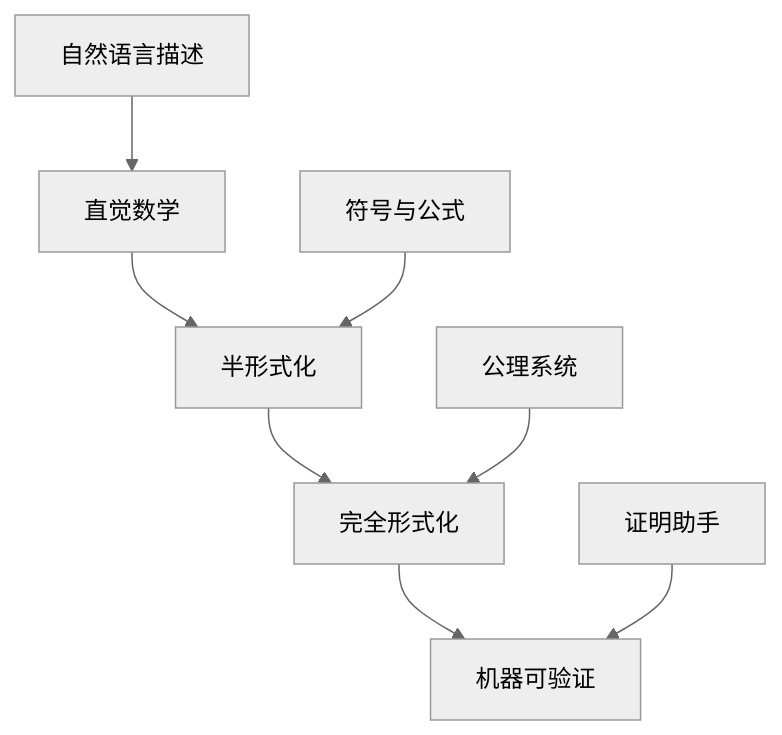
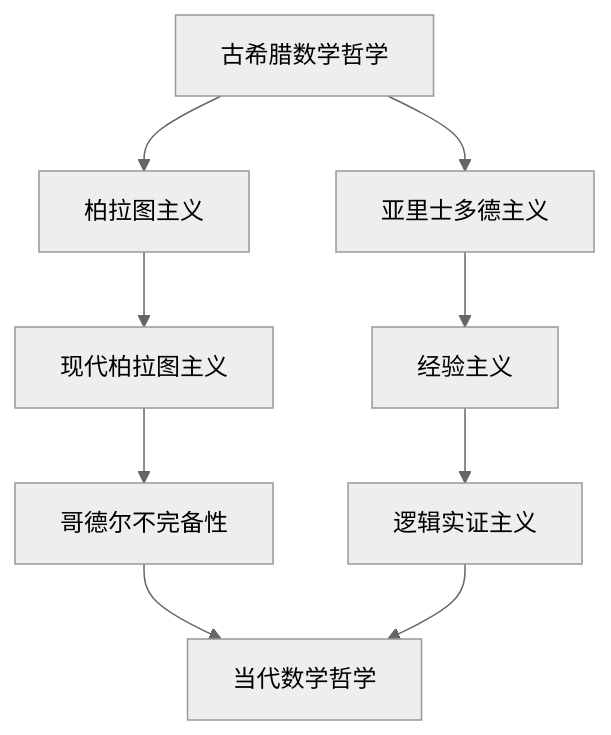
Before and after one commit to AdaMartin18010/Mathematics: the first of 2 diagrams in Math/Refactor/01-哲学与元数学基础/01-数学哲学基础.md, drawn with Mermaid (neutral theme). The commit also changed other lines of this file and 60 other files, not shown here.

````diff
--- a/Math/Refactor/01-哲学与元数学基础/01-数学哲学基础.md
+++ b/Math/Refactor/01-哲学与元数学基础/01-数学哲学基础.md
@@ -144,11 +91,11 @@
 ```mermaid
 graph TD
-    A[直觉数学] --> B[半形式化]
-    B --> C[完全形式化]
-    C --> D[机器可验证]
-    
-    A1[自然语言描述] --> A
-    B1[符号与公式] --> B
-    C1[公理系统] --> C
-    D1[证明助手] --> D
+    A[古希腊数学哲学] --> B[柏拉图主义]
+    A --> C[亚里士多德主义]
+    B --> D[现代柏拉图主义]
+    C --> E[经验主义]
+    D --> F[哥德尔不完备性]
+    E --> G[逻辑实证主义]
+    F --> H[当代数学哲学]
+    G --> H
 ```
````
